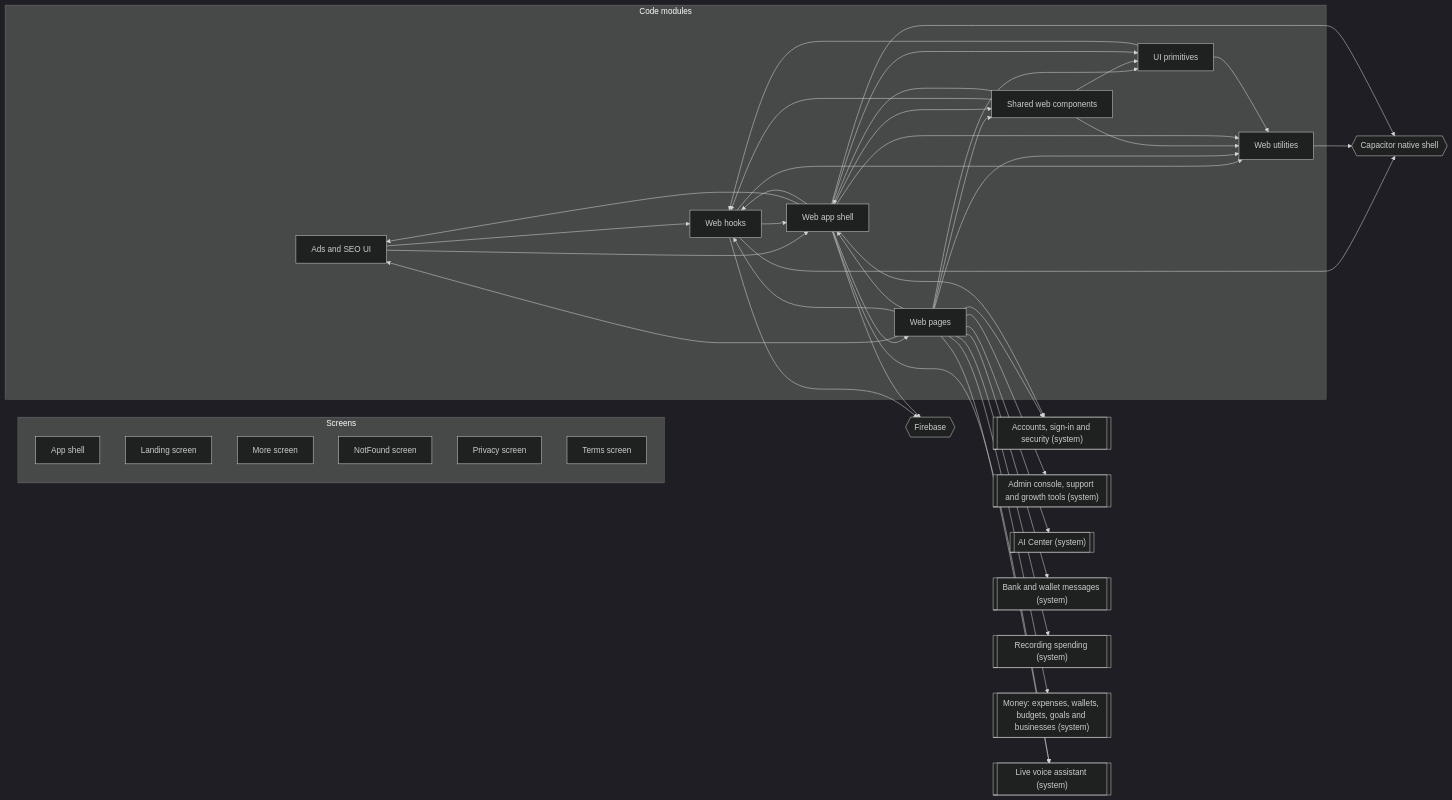
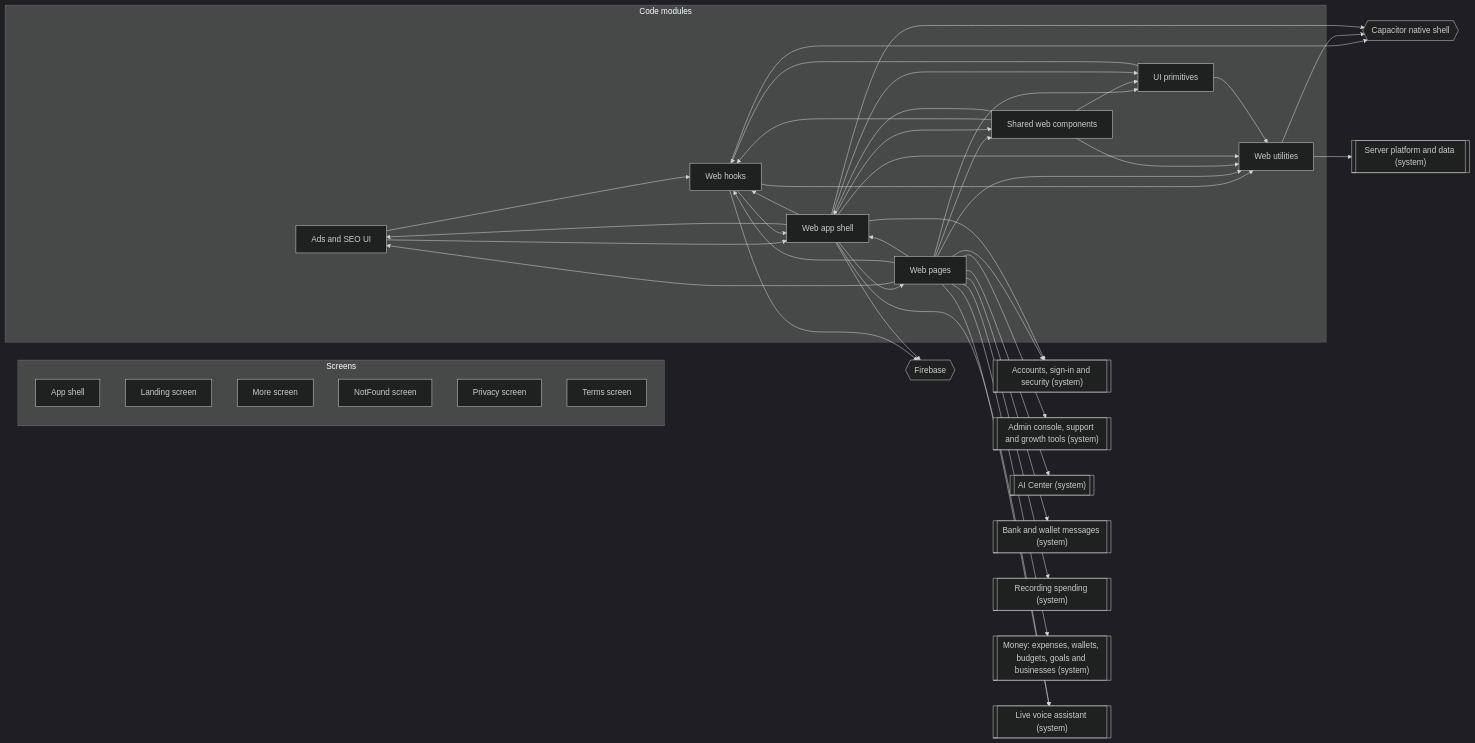
One commit to mahmoudtaherr111/smartspend_mini_all changed the diagram in docs/atlas/systems/web-app.md. Above: the diagram before and after it, drawn with Mermaid (dark theme). The commit also changed other lines of this file and 78 other files, not shown here.

````diff
--- a/docs/atlas/systems/web-app.md
+++ b/docs/atlas/systems/web-app.md
@@ -13,65 +13,67 @@
 ```mermaid
 flowchart LR
   subgraph g_screens["Screens"]
     page_App_shell["App shell"]
     page_Landing["Landing screen"]
     page_More["More screen"]
     page_NotFound["NotFound screen"]
     page_Privacy["Privacy screen"]
     page_Terms["Terms screen"]
   end
   subgraph g_modules["Code modules"]
     mod_web_growth["Ads and SEO UI"]
     mod_web_hooks["Web hooks"]
     mod_web_lib["Web utilities"]
     mod_web_pages["Web pages"]
     mod_web_shared["Shared web components"]
     mod_web_shell["Web app shell"]
     mod_web_ui_kit["UI primitives"]
   end
   ext_capacitor{{"Capacitor native shell"}}
   ext_firebase{{"Firebase"}}
   sys_accounts[["Accounts, sign-in and security (system)"]]
   sys_admin[["Admin console, support and growth tools (system)"]]
   sys_ai_center[["AI Center (system)"]]
   sys_bank_messages[["Bank and wallet messages (system)"]]
   sys_expense_capture[["Recording spending (system)"]]
   sys_money[["Money: expenses, wallets, budgets, goals and businesses (system)"]]
+  sys_platform[["Server platform and data (system)"]]
   sys_voice_calls[["Live voice assistant (system)"]]
   mod_web_growth --> mod_web_hooks
   mod_web_growth --> mod_web_shell
   mod_web_hooks --> ext_capacitor
   mod_web_hooks --> ext_firebase
   mod_web_hooks --> mod_web_lib
   mod_web_hooks --> mod_web_shell
   mod_web_lib --> ext_capacitor
+  mod_web_lib --> sys_platform
   mod_web_pages --> mod_web_growth
   mod_web_pages --> mod_web_hooks
   mod_web_pages --> mod_web_lib
   mod_web_pages --> mod_web_shared
   mod_web_pages --> mod_web_shell
   mod_web_pages --> mod_web_ui_kit
   mod_web_pages --> sys_accounts
   mod_web_pages --> sys_admin
   mod_web_pages --> sys_ai_center
   mod_web_pages --> sys_bank_messages
   mod_web_pages --> sys_expense_capture
   mod_web_pages --> sys_money
   mod_web_pages --> sys_voice_calls
   mod_web_shared --> mod_web_hooks
   mod_web_shared --> mod_web_lib
   mod_web_shared --> mod_web_shell
   mod_web_shared --> mod_web_ui_kit
   mod_web_shell --> ext_capacitor
   mod_web_shell --> ext_firebase
   mod_web_shell --> mod_web_growth
   mod_web_shell --> mod_web_hooks
   mod_web_shell --> mod_web_lib
   mod_web_shell --> mod_web_pages
   mod_web_shell --> mod_web_shared
   mod_web_shell --> mod_web_ui_kit
   mod_web_shell --> sys_accounts
   mod_web_shell --> sys_voice_calls
   mod_web_ui_kit --> mod_web_hooks
   mod_web_ui_kit --> mod_web_lib
 ```
````
